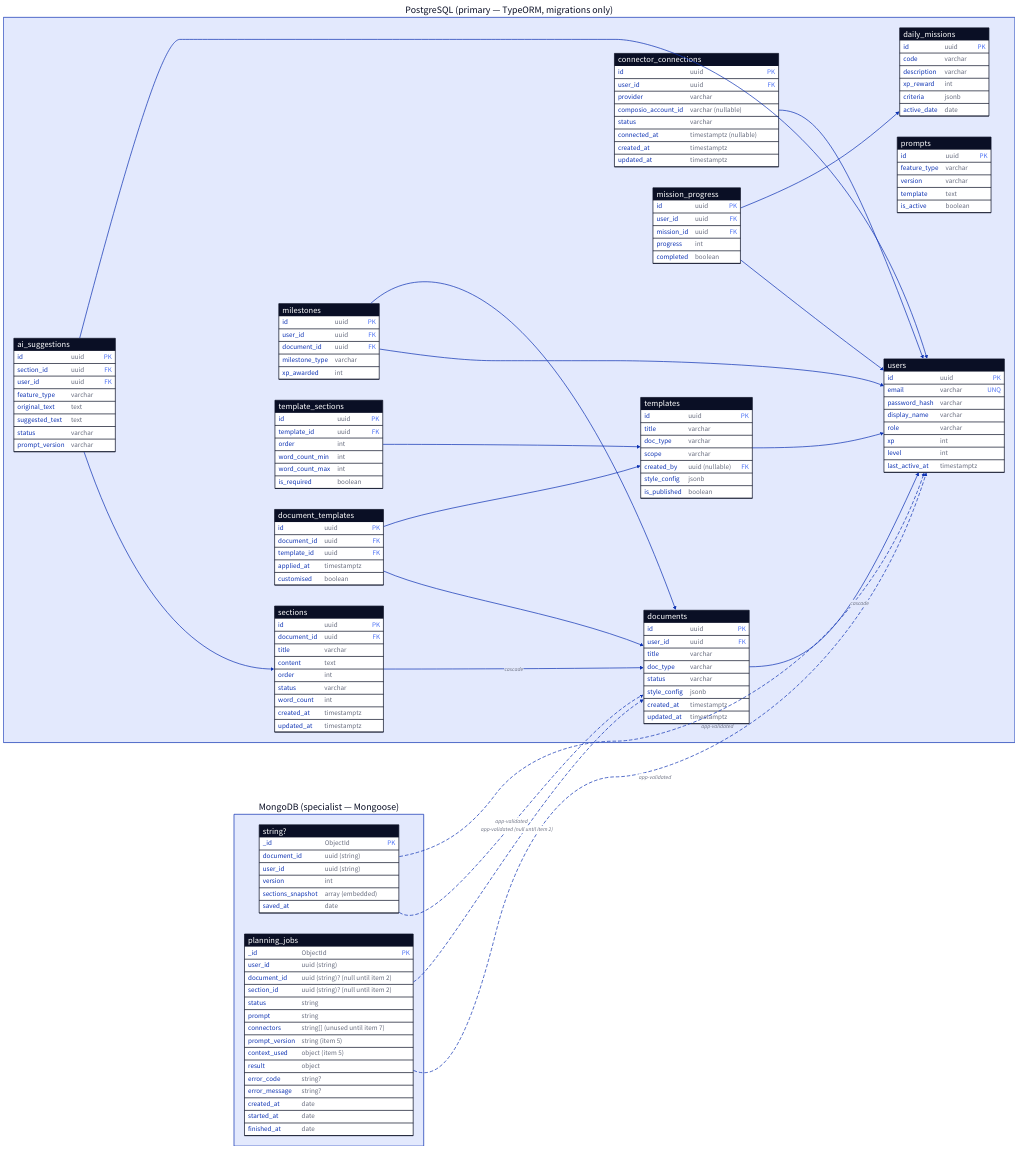
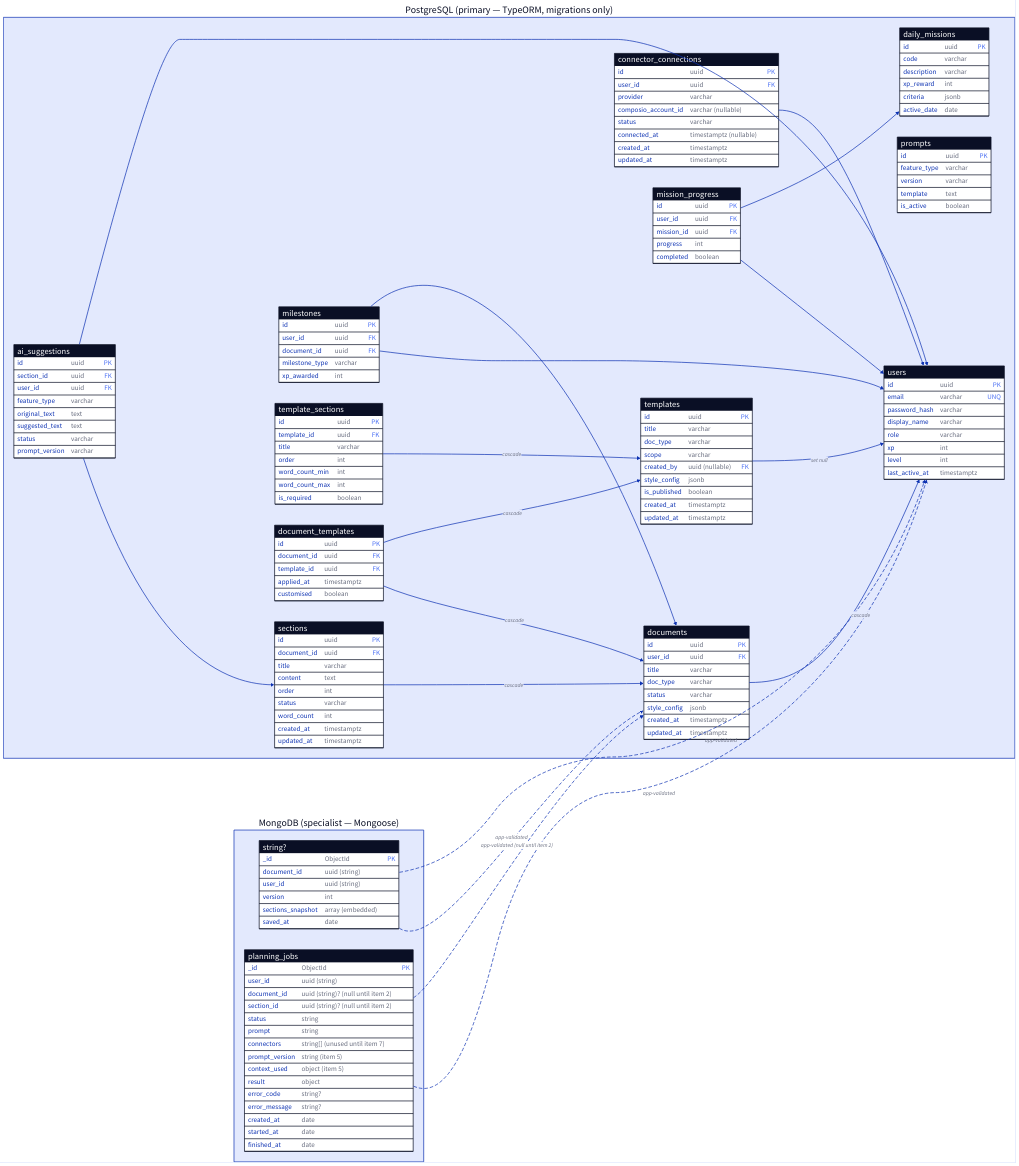
The diagram in docs/diagrams/database-schema.d2 (MemoFlow/memoflow-api), drawn with D2 before and after one commit. The commit also changed 42 other files, not shown here.

First line of the commit message:
feat(templates): templates + apply-to-document (roadmap item 3) (#18)

```diff
--- a/docs/diagrams/database-schema.d2
+++ b/docs/diagrams/database-schema.d2
@@ -1,191 +1,195 @@
 # MemoFlow database schema — derived from docs/database-schema.md (source of truth).
 # Render: d2 database-schema.d2 database-schema.svg
 # Solid edges = real FKs (PostgreSQL). Dashed edges = cross-DB uuid references,
 # validated by the application use-case layer — there is NO foreign key across DBs.
 
 direction: right
 
 pg: PostgreSQL (primary — TypeORM, migrations only) {
   users: {
     shape: sql_table
     id: uuid {constraint: primary_key}
     email: varchar {constraint: unique}
     password_hash: varchar
     display_name: varchar
     role: varchar
     xp: int
     level: int
     last_active_at: timestamptz
   }
 
   documents: {
     shape: sql_table
     id: uuid {constraint: primary_key}
     user_id: uuid {constraint: foreign_key}
     title: varchar
     doc_type: varchar
     status: varchar
     style_config: jsonb
     created_at: timestamptz
     updated_at: timestamptz
   }
 
   # order indexed via composite (document_id, order) — IDX_sections_document_order.
   sections: {
     shape: sql_table
     id: uuid {constraint: primary_key}
     document_id: uuid {constraint: foreign_key}
     title: varchar
     content: text
     order: int
     status: varchar
     word_count: int
     created_at: timestamptz
     updated_at: timestamptz
   }
 
   ai_suggestions: {
     shape: sql_table
     id: uuid {constraint: primary_key}
     section_id: uuid {constraint: foreign_key}
     user_id: uuid {constraint: foreign_key}
     feature_type: varchar
     original_text: text
     suggested_text: text
     status: varchar
     prompt_version: varchar
   }
 
   prompts: {
     shape: sql_table
     id: uuid {constraint: primary_key}
     feature_type: varchar
     version: varchar
     template: text
     is_active: boolean
   }
 
   # No provider tokens — Composio is the OAuth vault + MCP host; this API keeps only
   # a connection reference. Unique composite index on (user_id, provider).
   connector_connections: {
     shape: sql_table
     id: uuid {constraint: primary_key}
     user_id: uuid {constraint: foreign_key}
     provider: varchar
     composio_account_id: "varchar (nullable)"
     status: varchar
     connected_at: "timestamptz (nullable)"
     created_at: timestamptz
     updated_at: timestamptz
   }
 
   milestones: {
     shape: sql_table
     id: uuid {constraint: primary_key}
     user_id: uuid {constraint: foreign_key}
     document_id: uuid {constraint: foreign_key}
     milestone_type: varchar
     xp_awarded: int
   }
 
   daily_missions: {
     shape: sql_table
     id: uuid {constraint: primary_key}
     code: varchar
     description: varchar
     xp_reward: int
     criteria: jsonb
     active_date: date
   }
 
   mission_progress: {
     shape: sql_table
     id: uuid {constraint: primary_key}
     user_id: uuid {constraint: foreign_key}
     mission_id: uuid {constraint: foreign_key}
     progress: int
     completed: boolean
   }
 
   templates: {
     shape: sql_table
     id: uuid {constraint: primary_key}
     title: varchar
     doc_type: varchar
     scope: varchar
     created_by: "uuid (nullable)" {constraint: foreign_key}
     style_config: jsonb
     is_published: boolean
+    created_at: timestamptz
+    updated_at: timestamptz
   }
 
+  # order indexed via composite (template_id, order) — IDX_template_sections_template_order.
   template_sections: {
     shape: sql_table
     id: uuid {constraint: primary_key}
     template_id: uuid {constraint: foreign_key}
+    title: varchar
     order: int
     word_count_min: int
     word_count_max: int
     is_required: boolean
   }
 
   document_templates: {
     shape: sql_table
     id: uuid {constraint: primary_key}
     document_id: uuid {constraint: foreign_key}
     template_id: uuid {constraint: foreign_key}
     applied_at: timestamptz
     customised: boolean
   }
 
   documents.user_id -> users.id: cascade
   sections.document_id -> documents.id: cascade
   ai_suggestions.section_id -> sections.id
   ai_suggestions.user_id -> users.id
   connector_connections.user_id -> users.id
   milestones.user_id -> users.id
   milestones.document_id -> documents.id
   mission_progress.user_id -> users.id
   mission_progress.mission_id -> daily_missions.id
-  templates.created_by -> users.id
-  template_sections.template_id -> templates.id
-  document_templates.document_id -> documents.id
-  document_templates.template_id -> templates.id
+  templates.created_by -> users.id: set null
+  template_sections.template_id -> templates.id: cascade
+  document_templates.document_id -> documents.id: cascade
+  document_templates.template_id -> templates.id: cascade
 }
 
 mongo: MongoDB (specialist — Mongoose) {
   document_versions: {
     shape: sql_table
     _id: ObjectId {constraint: primary_key}
     document_id: "uuid (string)"
     user_id: "uuid (string)"
     version: int
     "label": "string?"
     sections_snapshot: "array (embedded)"
     saved_at: date
   }
 
   planning_jobs: {
     shape: sql_table
     _id: ObjectId {constraint: primary_key}
     user_id: "uuid (string)"
     document_id: "uuid (string)? (null until item 2)"
     section_id: "uuid (string)? (null until item 2)"
     status: string
     prompt: string
     connectors: "string[] (unused until item 7)"
     prompt_version: "string (item 5)"
     context_used: "object (item 5)"
     result: object
     error_code: "string?"
     error_message: "string?"
     created_at: date
     started_at: date
     finished_at: date
   }
 }
 
 # Cross-DB references: plain uuids, validated by use-cases — no FK enforcement.
 mongo.document_versions.document_id -> pg.documents.id: app-validated {style.stroke-dash: 4}
 mongo.document_versions.user_id -> pg.users.id: app-validated {style.stroke-dash: 4}
 mongo.planning_jobs.user_id -> pg.users.id: app-validated {style.stroke-dash: 4}
 mongo.planning_jobs.document_id -> pg.documents.id: "app-validated (null until item 2)" {style.stroke-dash: 4}
```
